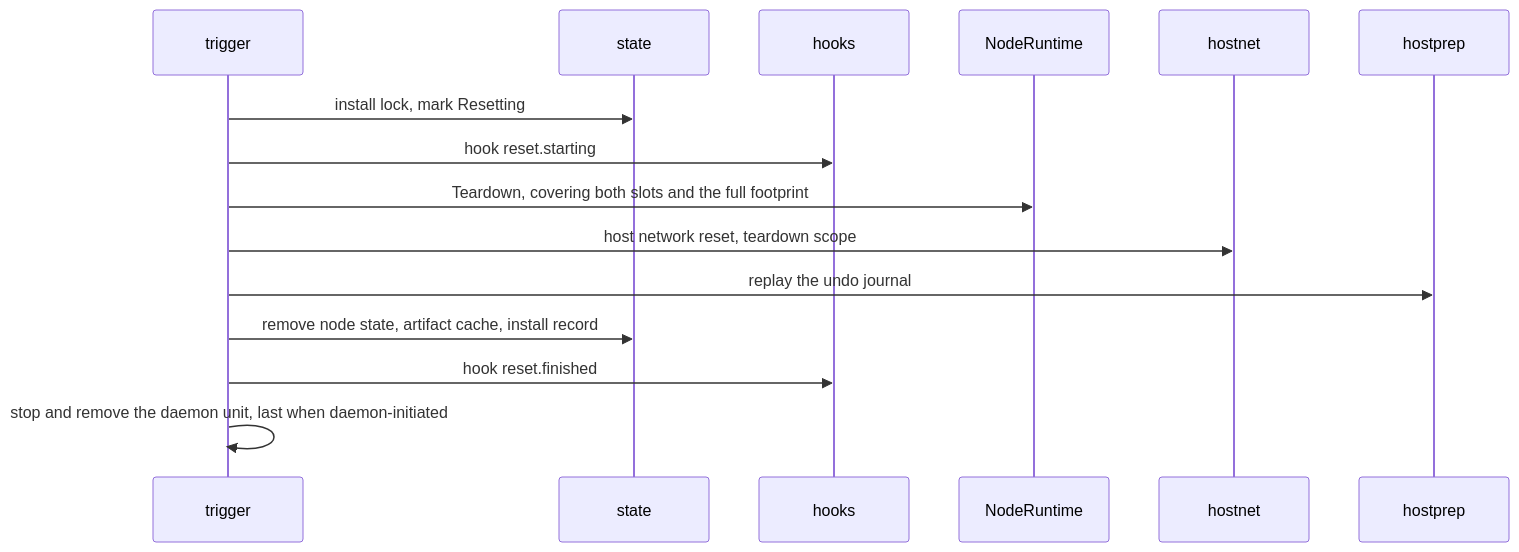
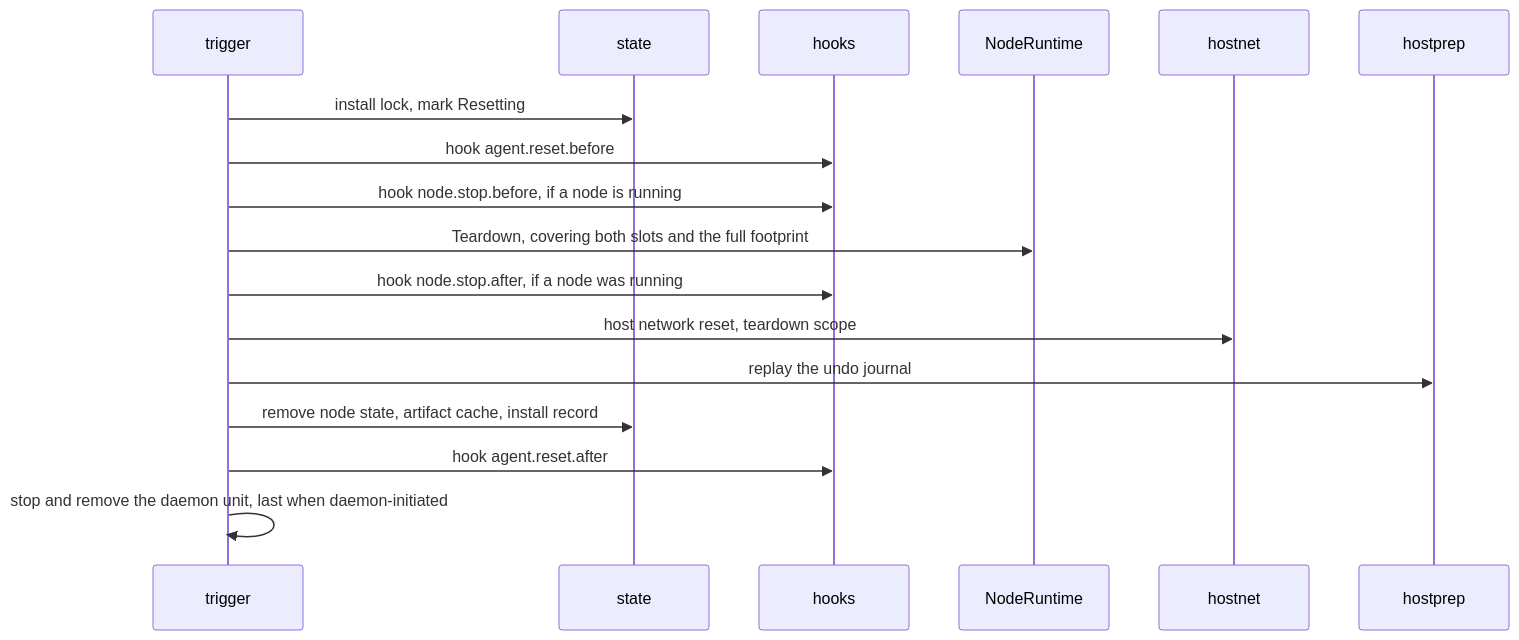
The ninth of 13 diagrams in designs/agent-v2.md (Azure/unbounded), drawn with Mermaid before and after one commit. The commit also changed other lines of this file, not shown here.

First line of the commit message:
designs: rename agent v2 lifecycle events to <subject>.<state>.<before|after>

````diff
--- a/designs/agent-v2.md
+++ b/designs/agent-v2.md
@@ -1119,17 +1190,19 @@
 ```mermaid
 sequenceDiagram
   participant T as trigger
   participant St as state
   participant Px as hooks
   participant RT as NodeRuntime
   participant HN as hostnet
   participant HP as hostprep
   T->>St: install lock, mark Resetting
-  T->>Px: hook reset.starting
+  T->>Px: hook agent.reset.before
+  T->>Px: hook node.stop.before, if a node is running
   T->>RT: Teardown, covering both slots and the full footprint
+  T->>Px: hook node.stop.after, if a node was running
   T->>HN: host network reset, teardown scope
   T->>HP: replay the undo journal
   T->>St: remove node state, artifact cache, install record
-  T->>Px: hook reset.finished
+  T->>Px: hook agent.reset.after
   T->>T: stop and remove the daemon unit, last when daemon-initiated
 ```
````
